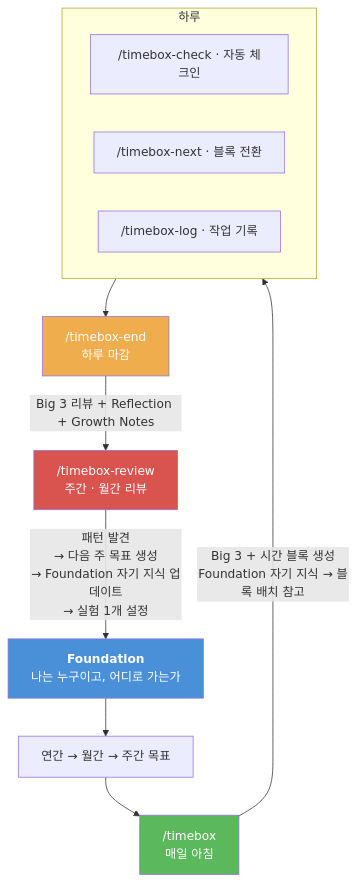
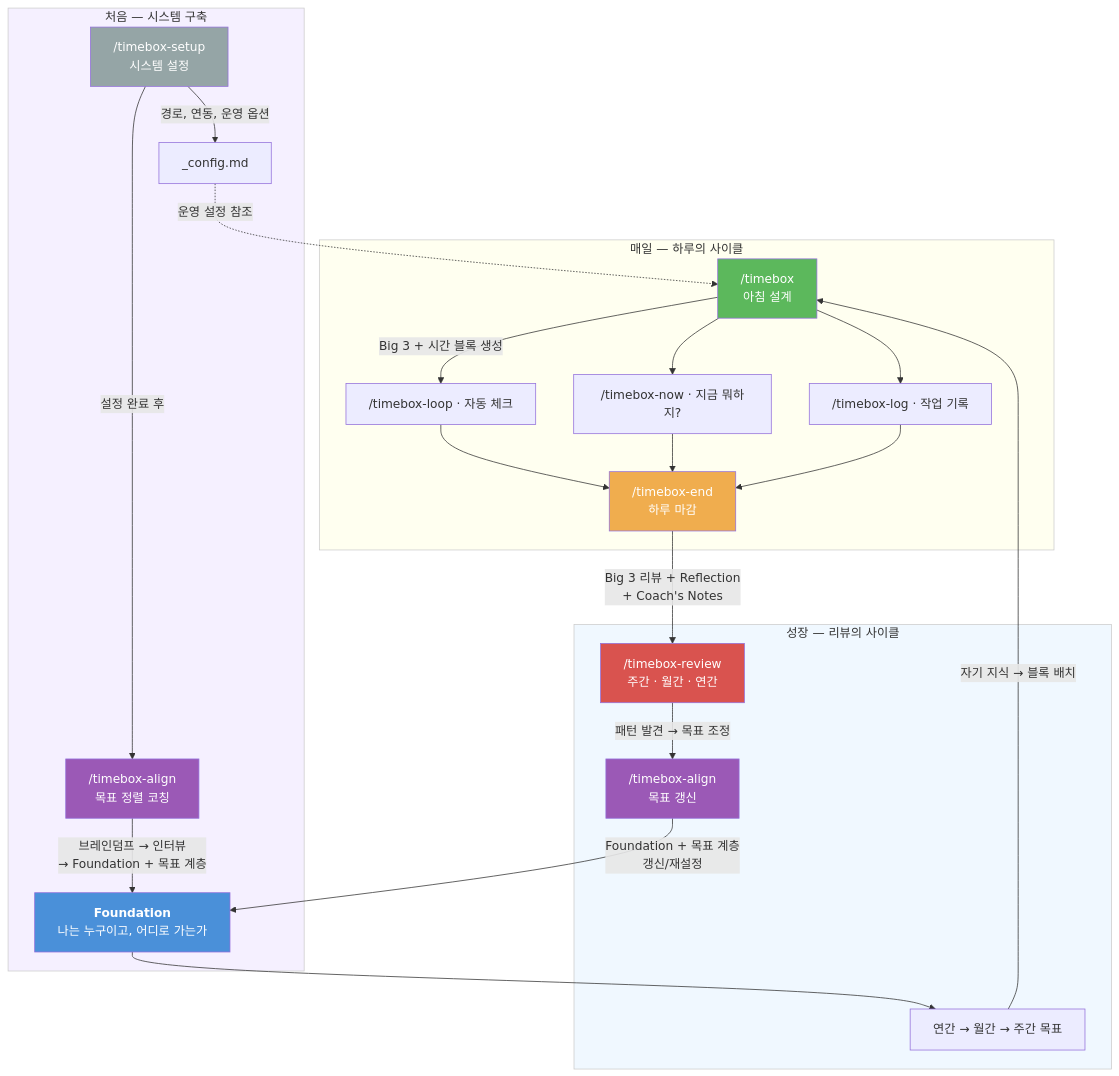
Before and after one commit to bingl2/llm-tools: the diagram in timebox/README.md, drawn with Mermaid. The commit also changed other lines of this file and 6 other files, not shown here.

First line of the commit message:
feat(timebox): 커맨드 체계 재설계 — init 분리 + 이름 변경 + 철학 추가

````diff
--- a/timebox/README.md
+++ b/timebox/README.md
@@ -38,21 +54,39 @@
 ```mermaid
 graph TD
-    F["<b>Foundation</b><br/>나는 누구이고, 어디로 가는가"] --> G["연간 → 월간 → 주간 목표"]
-    G --> TB["/timebox<br/>매일 아침"]
-    TB -->|"Big 3 + 시간 블록 생성<br/>Foundation 자기 지식 → 블록 배치 참고"| DAY
-
-    subgraph DAY [하루]
-        CHECK["/timebox-check · 자동 체크인"]
-        NEXT["/timebox-next · 블록 전환"]
-        LOG["/timebox-log · 작업 기록"]
+    subgraph INIT ["처음 — 시스템 구축"]
+        SETUP["/timebox-setup<br/>시스템 설정"] -->|"경로, 연동, 운영 옵션"| CONFIG["_config.md"]
+        SETUP -->|"설정 완료 후"| ALIGN_INIT["/timebox-align<br/>목표 정렬 코칭"]
+        ALIGN_INIT -->|"브레인덤프 → 인터뷰<br/>→ Foundation + 목표 계층"| F
     end
 
-    DAY --> END["/timebox-end<br/>하루 마감"]
-    END -->|"Big 3 리뷰 + Reflection + Growth Notes"| REV["/timebox-review<br/>주간 · 월간 리뷰"]
-    REV -->|"패턴 발견<br/>→ 다음 주 목표 생성<br/>→ Foundation 자기 지식 업데이트<br/>→ 실험 1개 설정"| F
+    subgraph DAILY ["매일 — 하루의 사이클"]
+        TB["/timebox<br/>아침 설계"]
+        TB -->|"Big 3 + 시간 블록 생성"| LOOP["/timebox-loop · 자동 체크"]
+        TB --> NOW["/timebox-now · 지금 뭐하지?"]
+        TB --> LOG["/timebox-log · 작업 기록"]
+        LOOP --> END["/timebox-end<br/>하루 마감"]
+        NOW --> END
+        LOG --> END
+    end
 
+    subgraph GROWTH ["성장 — 리뷰의 사이클"]
+        END -->|"Big 3 리뷰 + Reflection<br/>+ Coach's Notes"| REV["/timebox-review<br/>주간 · 월간 · 연간"]
+        REV -->|"패턴 발견 → 목표 조정"| ALIGN["/timebox-align<br/>목표 갱신"]
+        ALIGN -->|"Foundation + 목표 계층<br/>갱신/재설정"| F["<b>Foundation</b><br/>나는 누구이고, 어디로 가는가"]
+        F --> G["연간 → 월간 → 주간 목표"]
+    end
+
+    G -->|"자기 지식 → 블록 배치"| TB
+    CONFIG -.->|"운영 설정 참조"| TB
+
+    style INIT fill:#f5f0ff,stroke:#ccc
+    style DAILY fill:#fffff0,stroke:#ccc
+    style GROWTH fill:#f0f8ff,stroke:#ccc
     style F fill:#4a90d9,color:#fff
     style REV fill:#d9534f,color:#fff
     style TB fill:#5cb85c,color:#fff
     style END fill:#f0ad4e,color:#fff
+    style ALIGN fill:#9b59b6,color:#fff
+    style ALIGN_INIT fill:#9b59b6,color:#fff
+    style SETUP fill:#95a5a6,color:#fff
 ```
````
